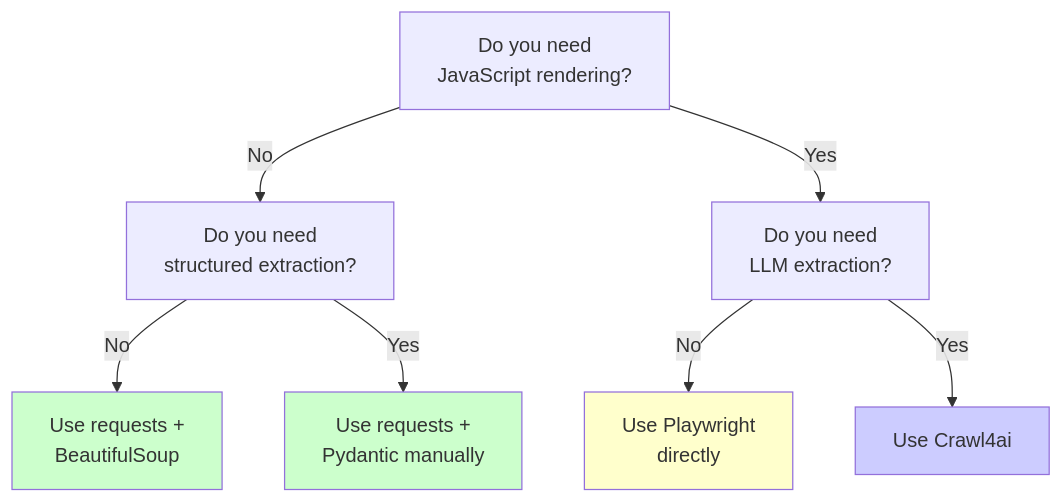
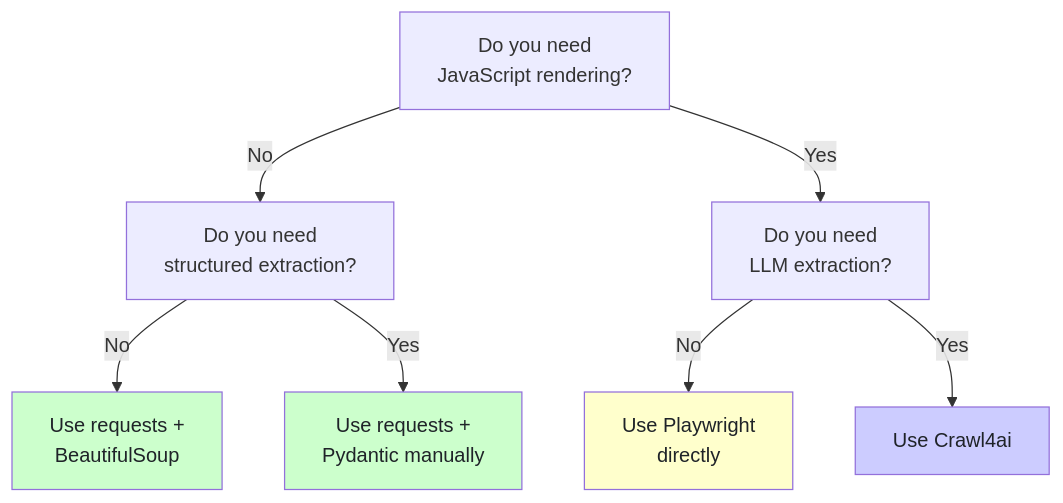
The second of 2 diagrams in _posts/2026-02-21-how-crawl4ai-works-open-source-ai-scraping-framework.md (bytetunnels/bytetunnels.github.com), drawn with Mermaid before and after one commit. The commit also changed other lines of this file and 118 other files, not shown here.

Commit message:
feat: improve diagram styling and compact wide flowcharts

````diff
--- a/_posts/2026-02-21-how-crawl4ai-works-open-source-ai-scraping-framework.md
+++ b/_posts/2026-02-21-how-crawl4ai-works-open-source-ai-scraping-framework.md
@@ -378,14 +378,14 @@
 ```mermaid
 graph TD
     A["Do you need<br>JavaScript rendering?"] -->|No| B["Do you need<br>structured extraction?"]
     A -->|Yes| C["Do you need<br>LLM extraction?"]
     B -->|No| D["Use requests +<br>BeautifulSoup"]
     B -->|Yes| E["Use requests +<br>Pydantic manually"]
     C -->|No| F["Use Playwright<br>directly"]
     C -->|Yes| G["Use Crawl4ai"]
 
-    style D fill:#ccffcc
-    style E fill:#ccffcc
-    style F fill:#ffffcc
-    style G fill:#ccccff
+    style D fill:#ccffcc,color:#1f2328
+    style E fill:#ccffcc,color:#1f2328
+    style F fill:#ffffcc,color:#1f2328
+    style G fill:#ccccff,color:#1f2328
 ```
````
